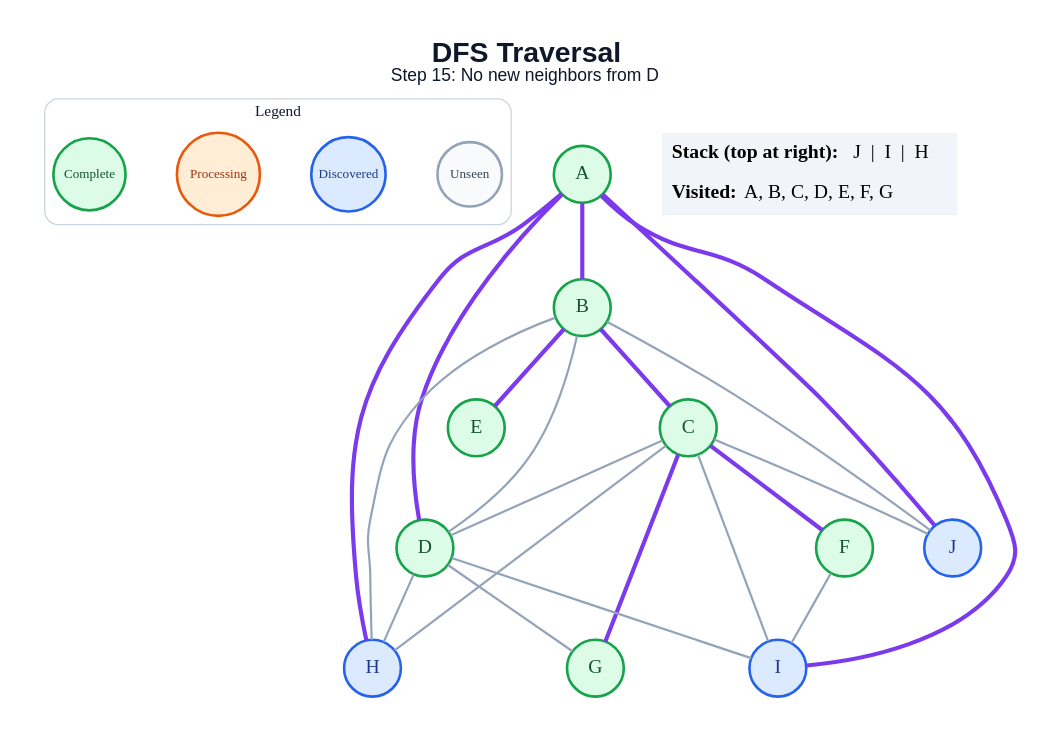
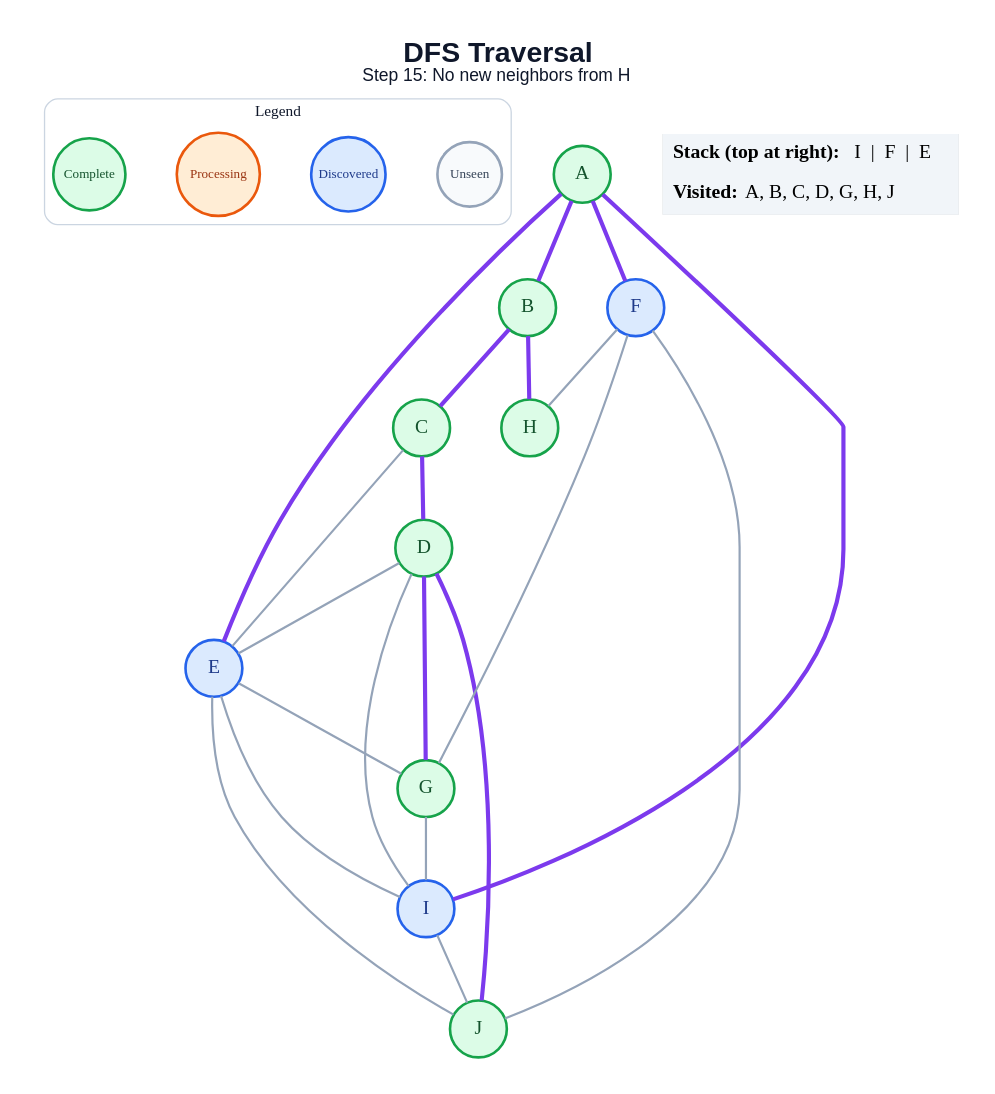
The diagram in generated/dfs/step_15.dot (amanghodawala9/ai-slop), drawn with Graphviz before and after one commit. The commit also changed 178 other files, not shown here.

```diff
--- a/generated/dfs/step_15.dot
+++ b/generated/dfs/step_15.dot
@@ -1,49 +1,49 @@
 graph traversal {
   graph [layout=dot, rankdir=TB, bgcolor="#FFFFFF", pad="0.35", nodesep="0.65", ranksep="0.8", fontname="Arial"];
   node [shape=circle, style="filled", fontname="Arial Bold", fontsize=18, width=0.72, fixedsize=true, penwidth=2.4];
   edge [color="#94A3B8", penwidth=2.0];
-  label=<<B>DFS Traversal</B><BR/><FONT POINT-SIZE="16">Step 15: No new neighbors from D</FONT>>; labelloc="t"; fontsize=26; fontname="Arial"; fontcolor="#0F172A";
+  label=<<B>DFS Traversal</B><BR/><FONT POINT-SIZE="16">Step 15: No new neighbors from H</FONT>>; labelloc="t"; fontsize=26; fontname="Arial"; fontcolor="#0F172A";
   subgraph cluster_legend { label="Legend"; color="#CBD5E1"; penwidth=1.2; style="rounded"; fontsize=14; fontname="Arial Bold";
     key_unseen [label="Unseen", fillcolor="#F8FAFC", color="#94A3B8", fontcolor="#334155", fontsize=12, width=0.82];
     key_frontier [label="Discovered", fillcolor="#DBEAFE", color="#2563EB", fontcolor="#1E3A8A", fontsize=12, width=0.95];
     key_current [label="Processing", fillcolor="#FFEDD5", color="#EA580C", fontcolor="#9A3412", fontsize=12, width=1.05];
     key_done [label="Complete", fillcolor="#DCFCE7", color="#16A34A", fontcolor="#14532D", fontsize=12, width=0.92];
     { rank=same; key_unseen; key_frontier; key_current; key_done; }
   }
   A [fillcolor="#DCFCE7", color="#16A34A", fontcolor="#14532D"];
   B [fillcolor="#DCFCE7", color="#16A34A", fontcolor="#14532D"];
   C [fillcolor="#DCFCE7", color="#16A34A", fontcolor="#14532D"];
   D [fillcolor="#DCFCE7", color="#16A34A", fontcolor="#14532D"];
-  E [fillcolor="#DCFCE7", color="#16A34A", fontcolor="#14532D"];
-  F [fillcolor="#DCFCE7", color="#16A34A", fontcolor="#14532D"];
+  E [fillcolor="#DBEAFE", color="#2563EB", fontcolor="#1E3A8A"];
+  F [fillcolor="#DBEAFE", color="#2563EB", fontcolor="#1E3A8A"];
   G [fillcolor="#DCFCE7", color="#16A34A", fontcolor="#14532D"];
-  H [fillcolor="#DBEAFE", color="#2563EB", fontcolor="#1E3A8A"];
+  H [fillcolor="#DCFCE7", color="#16A34A", fontcolor="#14532D"];
   I [fillcolor="#DBEAFE", color="#2563EB", fontcolor="#1E3A8A"];
-  J [fillcolor="#DBEAFE", color="#2563EB", fontcolor="#1E3A8A"];
+  J [fillcolor="#DCFCE7", color="#16A34A", fontcolor="#14532D"];
   A -- B [color="#7C3AED", penwidth=3.8];
-  A -- D [color="#7C3AED", penwidth=3.8];
-  A -- H [color="#7C3AED", penwidth=3.8];
+  A -- E [color="#7C3AED", penwidth=3.8];
+  A -- F [color="#7C3AED", penwidth=3.8];
   A -- I [color="#7C3AED", penwidth=3.8];
-  A -- J [color="#7C3AED", penwidth=3.8];
   B -- C [color="#7C3AED", penwidth=3.8];
-  B -- D;
-  B -- E [color="#7C3AED", penwidth=3.8];
-  B -- H;
-  B -- J;
-  C -- D;
-  C -- F [color="#7C3AED", penwidth=3.8];
-  C -- G [color="#7C3AED", penwidth=3.8];
-  C -- H;
-  C -- I;
-  C -- J;
-  D -- G;
-  D -- H;
+  B -- H [color="#7C3AED", penwidth=3.8];
+  C -- D [color="#7C3AED", penwidth=3.8];
+  C -- E;
+  D -- E;
+  D -- G [color="#7C3AED", penwidth=3.8];
   D -- I;
-  F -- I;
+  D -- J [color="#7C3AED", penwidth=3.8];
+  E -- G;
+  E -- I;
+  E -- J;
+  F -- G;
+  F -- H;
+  F -- J;
+  G -- I;
+  I -- J;
   status [shape=plain, fixedsize=false, width=0, height=0, margin=0, label=<
     <TABLE BORDER="0" CELLBORDER="0" CELLPADDING="7" BGCOLOR="#F1F5F9">
-      <TR><TD ALIGN="LEFT"><B>Stack (top at right):</B> J  |  I  |  H</TD></TR>
-      <TR><TD ALIGN="LEFT"><B>Visited:</B> A, B, C, D, E, F, G</TD></TR>
+      <TR><TD ALIGN="LEFT"><B>Stack (top at right):</B> I  |  F  |  E</TD></TR>
+      <TR><TD ALIGN="LEFT"><B>Visited:</B> A, B, C, D, G, H, J</TD></TR>
     </TABLE>
   >];
 }
```
